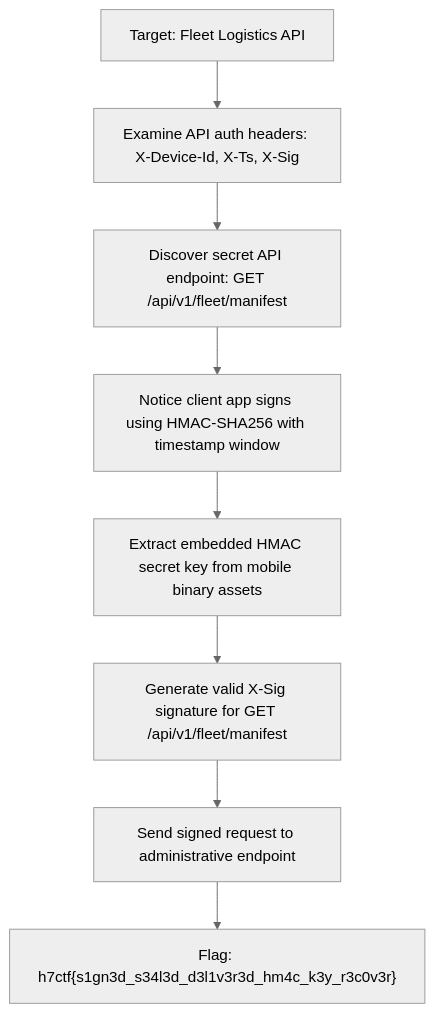
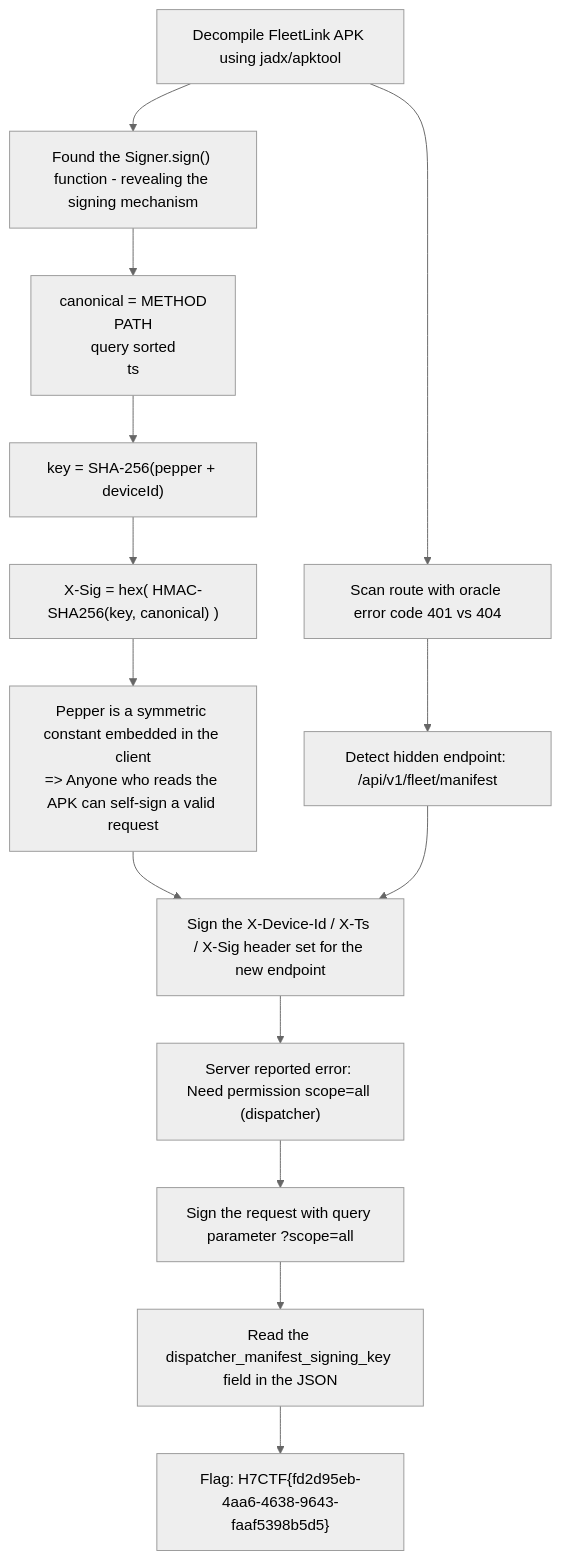
One commit to Lizamort1/ctf-writeups changed the second of 2 diagrams in _posts/2026-09-27-signed-sealed-delivered.md. Above: the diagram before and after it, drawn with Mermaid (neutral theme). The commit also changed other lines of this file and 42 other files, not shown here.

Commit message:
fix: synchronize bilingual writeups and redraw diagrams

````diff
--- a/_posts/2026-09-27-signed-sealed-delivered.md
+++ b/_posts/2026-09-27-signed-sealed-delivered.md
@@ -135,10 +140,16 @@
 ```mermaid
 flowchart TD
-    A["Target: Fleet Logistics API"] --> B["Examine API auth headers: X-Device-Id, X-Ts, X-Sig"]
-    B --> C["Discover secret API endpoint: GET /api/v1/fleet/manifest"]
-    C --> D["Notice client app signs using HMAC-SHA256 with timestamp window"]
-    D --> E["Extract embedded HMAC secret key from mobile binary assets"]
-    E --> F["Generate valid X-Sig signature for GET /api/v1/fleet/manifest"]
-    F --> G["Send signed request to administrative endpoint"]
-    G --> H["Flag: h7ctf{s1gn3d_s34l3d_d3l1v3r3d_hm4c_k3y_r3c0v3r}"]
+    A["Decompile FleetLink APK using jadx/apktool"] --> B["Found the Signer.sign() function - revealing the signing mechanism"]
+    B --> C["canonical = METHOD \n PATH \n query sorted \n ts"]
+    C --> D["key = SHA-256(pepper + deviceId)"]
+    D --> E["X-Sig = hex( HMAC-SHA256(key, canonical) )"]
+    E --> F["Pepper is a symmetric constant embedded in the client<br/>=> Anyone who reads the APK can self-sign a valid request"]
+    A --> G["Scan route with oracle error code 401 vs 404"]
+    G --> H["Detect hidden endpoint: /api/v1/fleet/manifest"]
+    F --> I["Sign the X-Device-Id / X-Ts / X-Sig header set for the new endpoint"]
+    H --> I
+    I --> J["Server reported error: Need permission scope=all (dispatcher)"]
+    J --> K["Sign the request with query parameter ?scope=all"]
+    K --> L["Read the dispatcher_manifest_signing_key field in the JSON"]
+    L --> M["Flag: H7CTF{fd2d95eb-4aa6-4638-9643-faaf5398b5d5}"]
 ```
````
